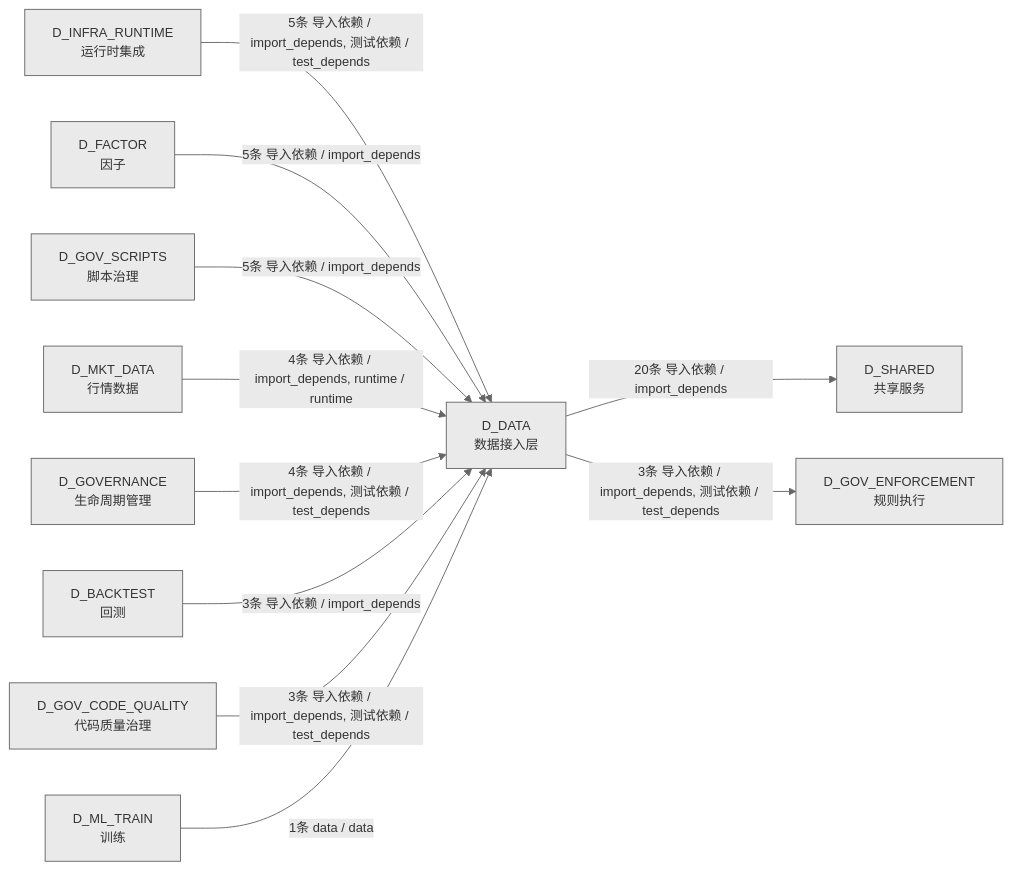
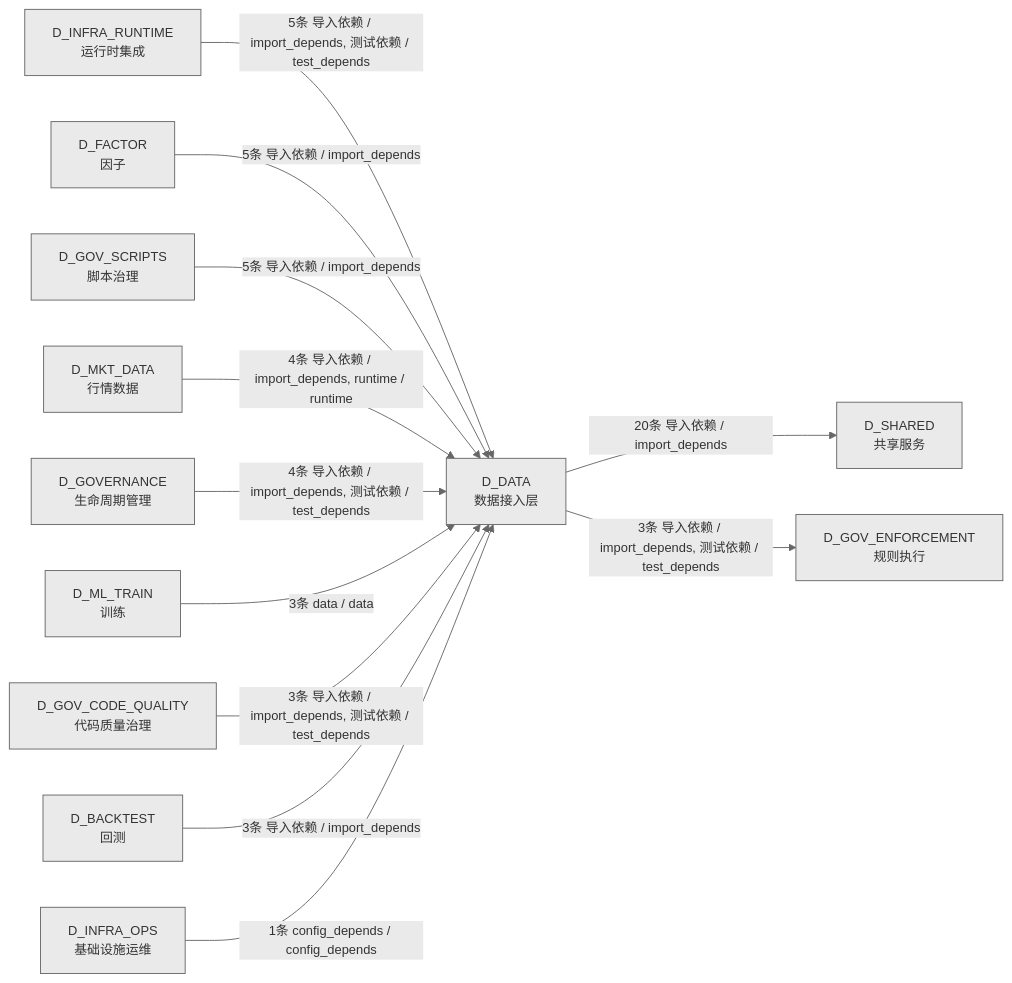
Before and after one commit to xuanFelixVan/ZephyrAlpha: the fourth of 4 diagrams in docs/02_enterprise_architecture/02_domain_architecture_docs/11_d_data.md, drawn with Mermaid. The commit also changed other lines of this file and 50 other files, not shown here.

````diff
--- a/docs/02_enterprise_architecture/02_domain_architecture_docs/11_d_data.md
+++ b/docs/02_enterprise_architecture/02_domain_architecture_docs/11_d_data.md
@@ -1418,25 +1420,27 @@
 ```mermaid
 %%{init: {'theme': 'base', 'themeVariables': {'primaryColor': '#eaeaea', 'primaryTextColor': '#333333', 'primaryBorderColor': '#666666', 'lineColor': '#666666', 'secondaryColor': '#eaeaea', 'tertiaryColor': '#eaeaea', 'fontSize': '14px'}}}%%
 graph LR
     D_DATA["D_DATA<br/>数据接入层"]
     D_SHARED["D_SHARED<br/>共享服务"]
     D_GOV_ENFORCEMENT["D_GOV_ENFORCEMENT<br/>规则执行"]
     D_INFRA_RUNTIME["D_INFRA_RUNTIME<br/>运行时集成"]
     D_FACTOR["D_FACTOR<br/>因子"]
     D_GOV_SCRIPTS["D_GOV_SCRIPTS<br/>脚本治理"]
     D_MKT_DATA["D_MKT_DATA<br/>行情数据"]
     D_GOVERNANCE["D_GOVERNANCE<br/>生命周期管理"]
+    D_ML_TRAIN["D_ML_TRAIN<br/>训练"]
+    D_GOV_CODE_QUALITY["D_GOV_CODE_QUALITY<br/>代码质量治理"]
     D_BACKTEST["D_BACKTEST<br/>回测"]
-    D_GOV_CODE_QUALITY["D_GOV_CODE_QUALITY<br/>代码质量治理"]
-    D_ML_TRAIN["D_ML_TRAIN<br/>训练"]
+    D_INFRA_OPS["D_INFRA_OPS<br/>基础设施运维"]
     D_DATA -->|20条 导入依赖 / import_depends| D_SHARED
     D_DATA -->|3条 导入依赖 / import_depends, 测试依赖 / test_depends| D_GOV_ENFORCEMENT
     D_INFRA_RUNTIME -->|5条 导入依赖 / import_depends, 测试依赖 / test_depends| D_DATA
     D_FACTOR -->|5条 导入依赖 / import_depends| D_DATA
     D_GOV_SCRIPTS -->|5条 导入依赖 / import_depends| D_DATA
     D_MKT_DATA -->|4条 导入依赖 / import_depends, runtime / runtime| D_DATA
     D_GOVERNANCE -->|4条 导入依赖 / import_depends, 测试依赖 / test_depends| D_DATA
+    D_ML_TRAIN -->|3条 data / data| D_DATA
+    D_GOV_CODE_QUALITY -->|3条 导入依赖 / import_depends, 测试依赖 / test_depends| D_DATA
     D_BACKTEST -->|3条 导入依赖 / import_depends| D_DATA
-    D_GOV_CODE_QUALITY -->|3条 导入依赖 / import_depends, 测试依赖 / test_depends| D_DATA
-    D_ML_TRAIN -->|1条 data / data| D_DATA
+    D_INFRA_OPS -->|1条 config_depends / config_depends| D_DATA
 ```
````
